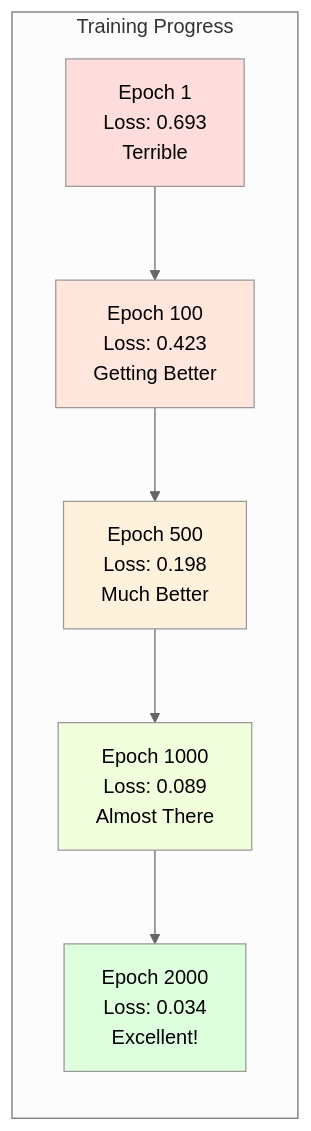
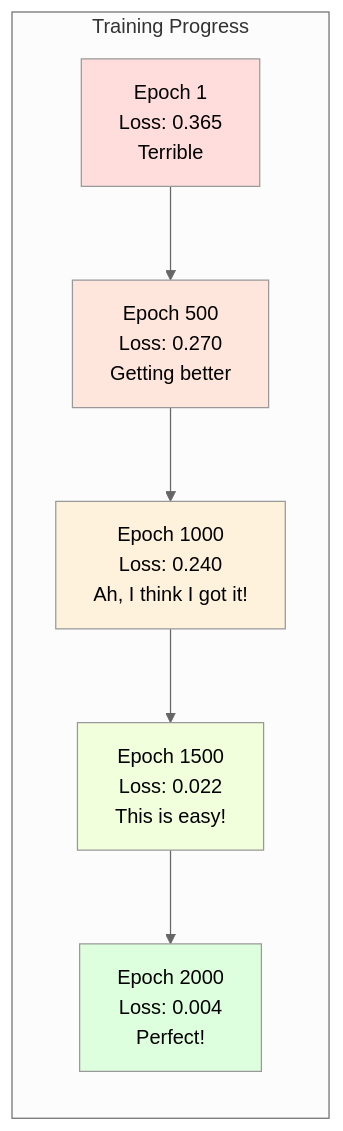
The third of 3 diagrams in README.md (leonvanbokhorst/neural-net-backpropagation), drawn with Mermaid (neutral theme) before and after one commit. The commit also changed other lines of this file, not shown here.

Commit message:
Revamp README.md: Updated training progress metrics in the diagram to reflect Percy's epic journey from "Terrible" to "Perfect!" and adjusted the breakthrough moment to match the new epoch timeline. Because who doesn't love a good glow-up in the galaxy of neural networks? 🚀✨

````diff
--- a/README.md
+++ b/README.md
@@ -243,15 +243,15 @@
 ```mermaid
 graph LR
     subgraph "Training Progress"
-        A[Epoch 1<br/>Loss: 0.693<br/>Terrible] --> B[Epoch 100<br/>Loss: 0.423<br/>Getting Better]
-        B --> C[Epoch 500<br/>Loss: 0.198<br/>Much Better]
-        C --> D[Epoch 1000<br/>Loss: 0.089<br/>Almost There]
-        D --> E[Epoch 2000<br/>Loss: 0.034<br/>Excellent!]
+        A[Epoch 1<br/>Loss: 0.365<br/>Terrible]-->B[Epoch 500<br/>Loss: 0.270<br/>Getting better]
+        B --> C[Epoch 1000<br/>Loss: 0.240<br/>Ah, I think I got it!]
+        C --> D[Epoch 1500<br/>Loss: 0.022<br/>This is easy!]
+        D --> E[Epoch 2000<br/>Loss: 0.004<br/>Perfect!]
     end
 
     style A fill:#ffdddd
     style B fill:#ffe6dd
     style C fill:#fff2dd
     style D fill:#f2ffdd
     style E fill:#ddffdd
 ```
````
